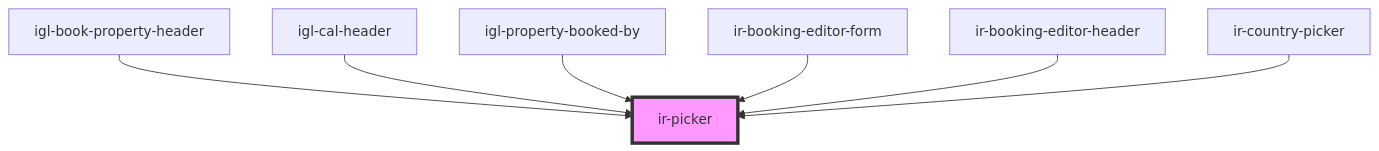
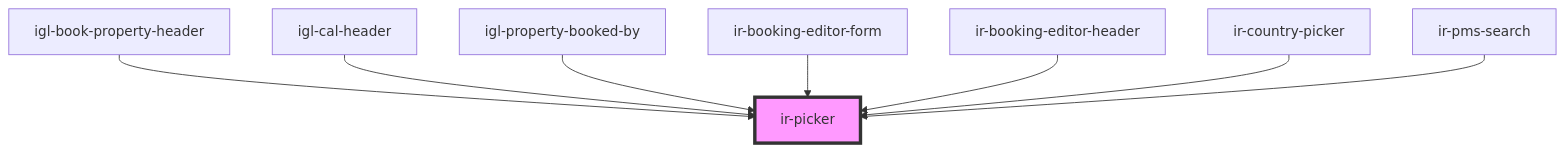
Before and after one commit to RonyRizk/ir-webcmp: the diagram in src/components/ui/ir-picker/readme.md, drawn with Mermaid. The commit also changed other lines of this file and 98 other files, not shown here.

````diff
--- a/src/components/ui/ir-picker/readme.md
+++ b/src/components/ui/ir-picker/readme.md
@@ -80,10 +91,11 @@
 ```mermaid
 graph TD;
   igl-book-property-header --> ir-picker
   igl-cal-header --> ir-picker
   igl-property-booked-by --> ir-picker
   ir-booking-editor-form --> ir-picker
   ir-booking-editor-header --> ir-picker
   ir-country-picker --> ir-picker
+  ir-pms-search --> ir-picker
   style ir-picker fill:#f9f,stroke:#333,stroke-width:4px
 ```
````
